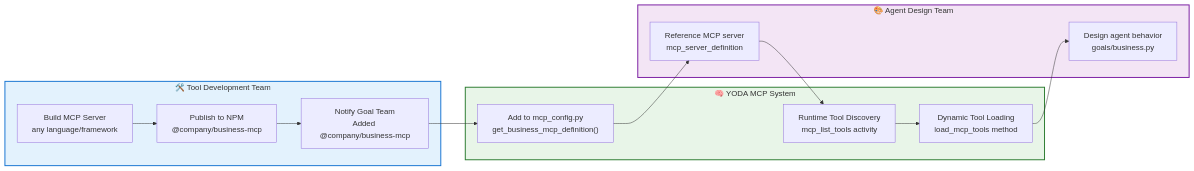
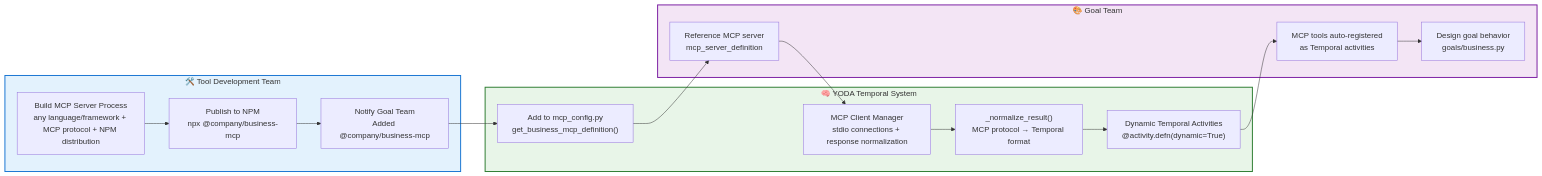
One commit to shin-hyuk/yoda changed the second of 5 diagrams in NEW_ARCHITECTURE_PLAN.md. Above: the diagram before and after it, drawn with Mermaid.

````diff
--- a/NEW_ARCHITECTURE_PLAN.md
+++ b/NEW_ARCHITECTURE_PLAN.md
@@ -144,35 +144,39 @@
 ```mermaid
 graph LR
     subgraph ToolTeam ["🛠️ Tool Development Team"]
-        BuildMCP["Build MCP Server<br/>any language/framework"]
-        PublishNPM["Publish to NPM<br/>@company/business-mcp"]
+        BuildMCP["Build MCP Server Process<br/>any language/framework + MCP protocol + NPM distribution"]
+        PublishNPM["Publish to NPM<br/>npx @company/business-mcp"]
         NotifyGoalTeam["Notify Goal Team<br/>Added @company/business-mcp"]
     end
     
-    subgraph YodaSystem ["🧠 YODA MCP System"]
+    subgraph YodaSystem ["🧠 YODA Temporal System"]
         AddConfig["Add to mcp_config.py<br/>get_business_mcp_definition()"]
-        RuntimeDiscovery["Runtime Tool Discovery<br/>mcp_list_tools activity"]
-        DynamicLoading["Dynamic Tool Loading<br/>load_mcp_tools method"]
+        MCPClientManager["MCP Client Manager<br/>stdio connections + response normalization"]
+        ResponseNormalization["_normalize_result()<br/>MCP protocol → Temporal format"]
+        DynamicActivities["Dynamic Temporal Activities<br/>@activity.defn(dynamic=True)"]
     end
     
-    subgraph AgentTeam ["🎨 Agent Design Team"]
-        DesignAgent["Design agent behavior<br/>goals/business.py"]
+    subgraph GoalTeam ["🎨 Goal Team"]
+        DesignGoal["Design goal behavior<br/>goals/business.py"]
         ReferenceMCP["Reference MCP server<br/>mcp_server_definition"]
+        MCPExecution["MCP tools auto-registered<br/>as Temporal activities"]
     end
     
     BuildMCP --> PublishNPM
     PublishNPM --> NotifyGoalTeam
     NotifyGoalTeam --> AddConfig
     AddConfig --> ReferenceMCP
-    ReferenceMCP --> RuntimeDiscovery
-    RuntimeDiscovery --> DynamicLoading
-    DynamicLoading --> DesignAgent
+    ReferenceMCP --> MCPClientManager
+    MCPClientManager --> ResponseNormalization
+    ResponseNormalization --> DynamicActivities
+    DynamicActivities --> MCPExecution
+    MCPExecution --> DesignGoal
     
     classDef toolTeam fill:#e3f2fd,stroke:#1976d2,stroke-width:2px
-    classDef agentTeam fill:#f3e5f5,stroke:#7b1fa2,stroke-width:2px
+    classDef goalTeam fill:#f3e5f5,stroke:#7b1fa2,stroke-width:2px
     classDef system fill:#e8f5e8,stroke:#2e7d32,stroke-width:2px
     
     class ToolTeam toolTeam
-    class AgentTeam agentTeam
+    class GoalTeam goalTeam
     class YodaSystem system
 ```
````
